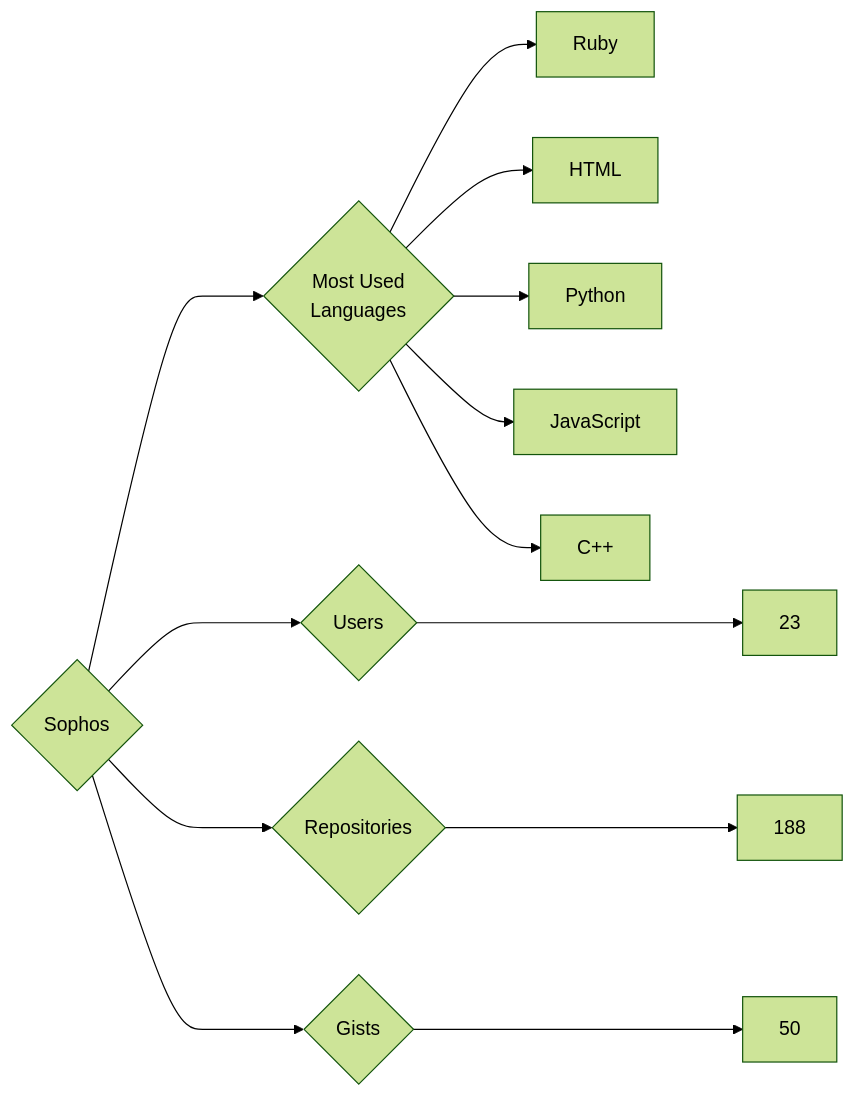
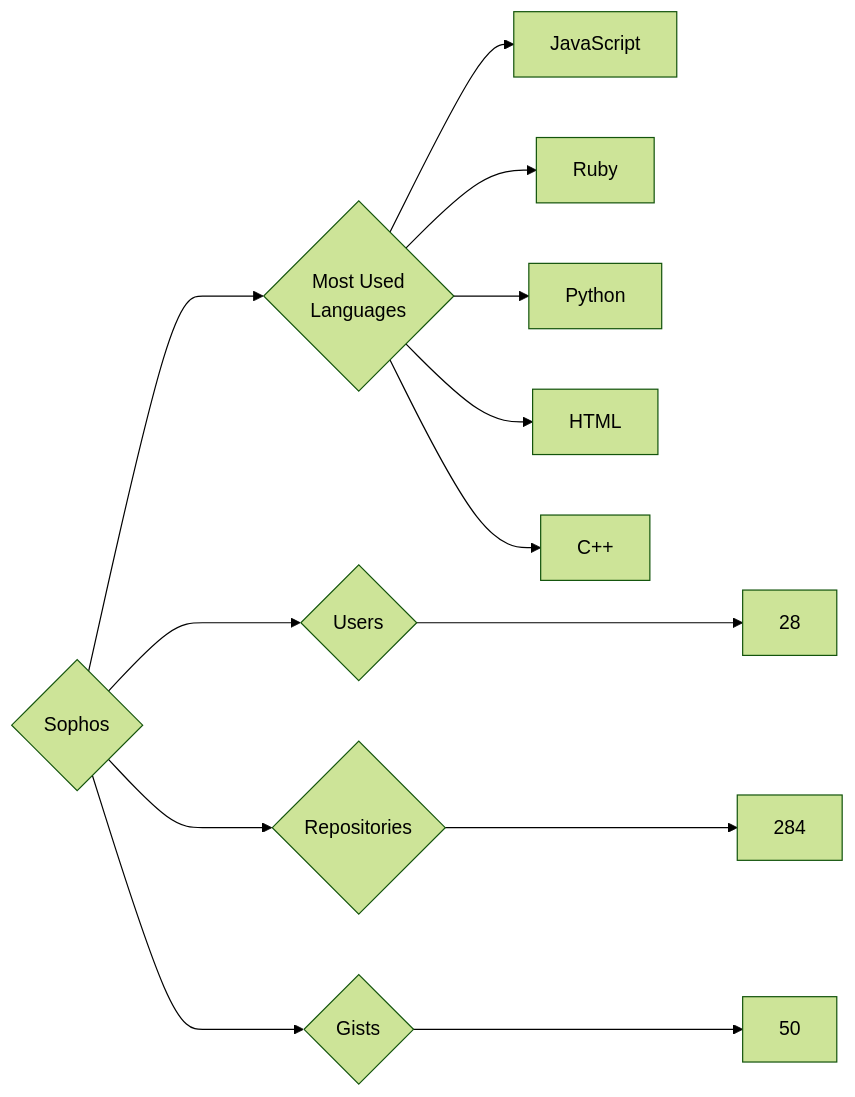
One commit to trickest/insiders changed the diagram in targets/Sophos/README.md. Above: the diagram before and after it, drawn with Mermaid (forest theme). The commit also changed 895 other files, not shown here.

````diff
--- a/targets/Sophos/README.md
+++ b/targets/Sophos/README.md
@@ -3,13 +3,13 @@
 ```mermaid
 graph LR
 COMPANY_NAME{Sophos}
-COMPANY_NAME ---> U{Users} ---> UN[23]
-COMPANY_NAME ---> R{Repositories} ---> RN[188]
+COMPANY_NAME ---> U{Users} ---> UN[28]
+COMPANY_NAME ---> R{Repositories} ---> RN[284]
 COMPANY_NAME ---> G{Gists} ---> GN[50]
 COMPANY_NAME ---> ML{Most Used<br>Languages}
+ML --> JavaScript[JavaScript]
 ML --> Ruby[Ruby]
+ML --> Python[Python]
 ML --> HTML[HTML]
-ML --> Python[Python]
-ML --> JavaScript[JavaScript]
 ML --> C++[C++]
 ```
````
